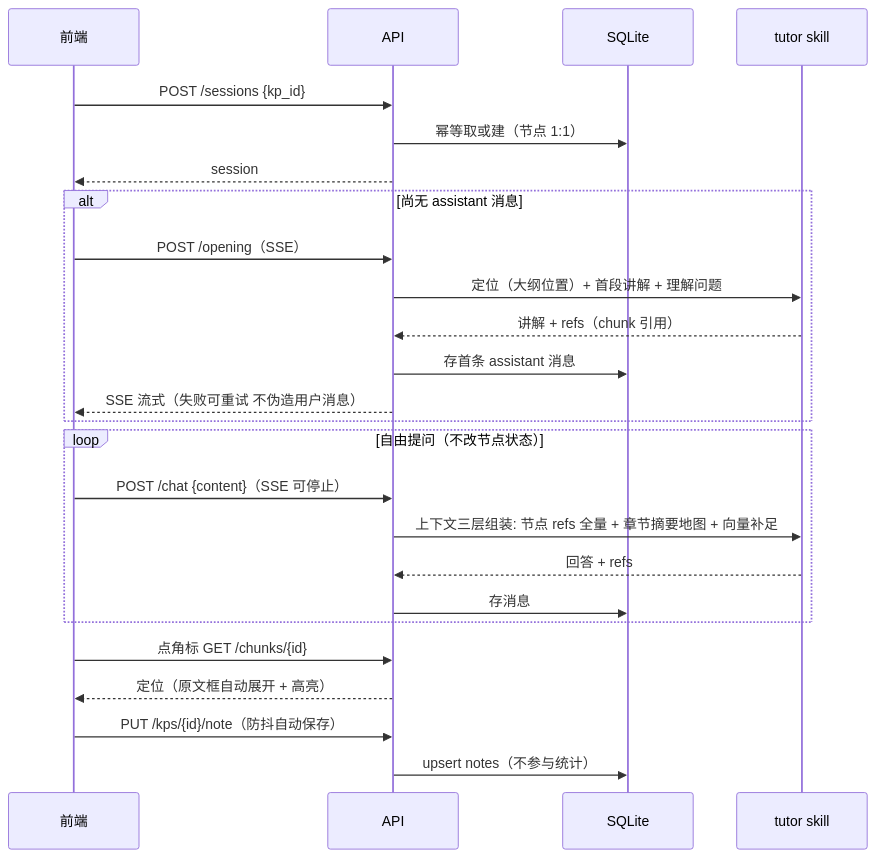
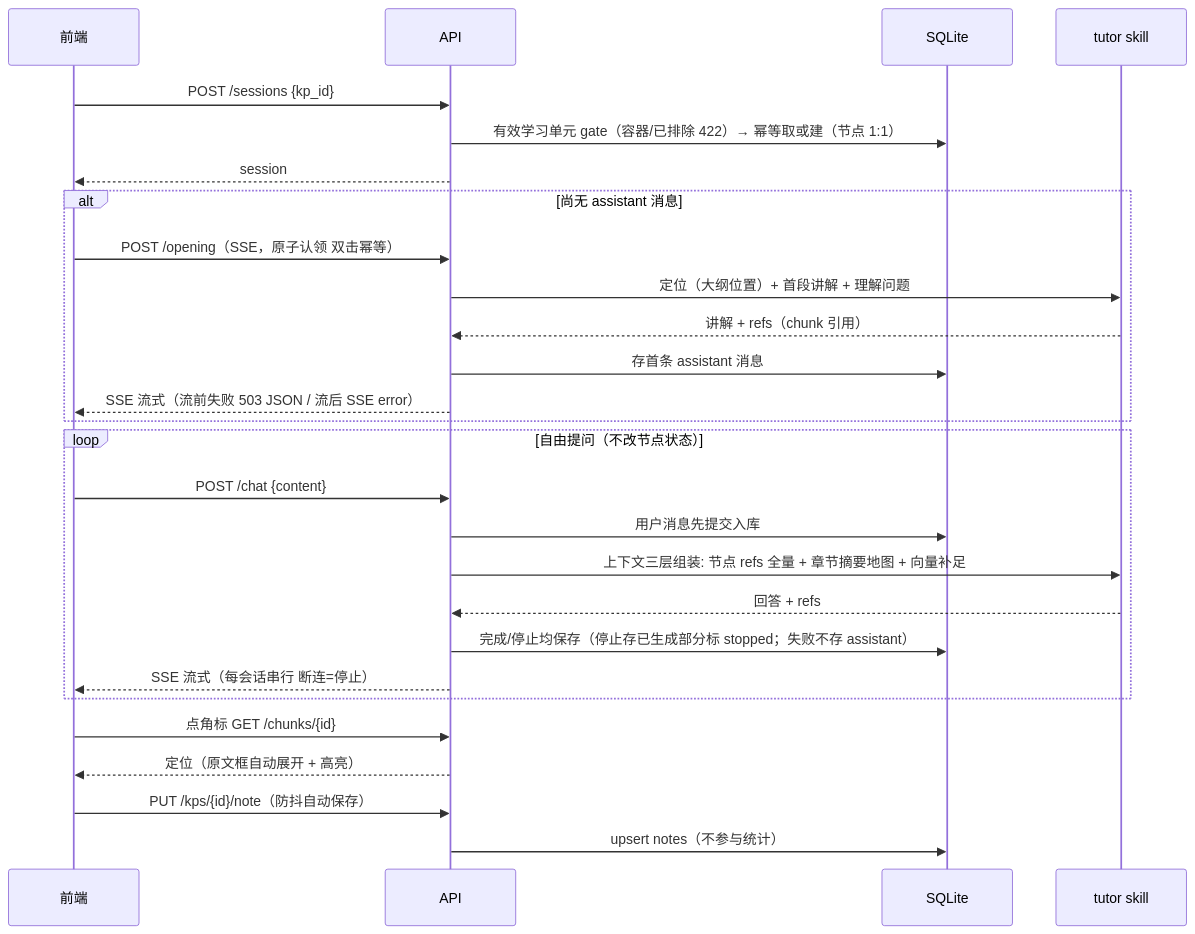
The fourth of 6 diagrams in docs/v0.1/technical/流程图.md (wangzf657/BetterOneself), drawn with Mermaid before and after one commit. The commit also changed other lines of this file and 106 other files, not shown here.

````diff
--- a/docs/v0.1/technical/流程图.md
+++ b/docs/v0.1/technical/流程图.md
@@ -85,27 +90,29 @@
 ```mermaid
 sequenceDiagram
     participant U as 前端
     participant A as API
     participant DB as SQLite
     participant Tu as tutor skill
     U->>A: POST /sessions {kp_id}
-    A->>DB: 幂等取或建（节点 1:1）
+    A->>DB: 有效学习单元 gate（容器/已排除 422）→ 幂等取或建（节点 1:1）
     A-->>U: session
     alt 尚无 assistant 消息
-        U->>A: POST /opening（SSE）
+        U->>A: POST /opening（SSE，原子认领 双击幂等）
         A->>Tu: 定位（大纲位置）+ 首段讲解 + 理解问题
         Tu-->>A: 讲解 + refs（chunk 引用）
         A->>DB: 存首条 assistant 消息
-        A-->>U: SSE 流式（失败可重试 不伪造用户消息）
+        A-->>U: SSE 流式（流前失败 503 JSON / 流后 SSE error）
     end
     loop 自由提问（不改节点状态）
-        U->>A: POST /chat {content}（SSE 可停止）
+        U->>A: POST /chat {content}
+        A->>DB: 用户消息先提交入库
         A->>Tu: 上下文三层组装: 节点 refs 全量 + 章节摘要地图 + 向量补足
         Tu-->>A: 回答 + refs
-        A->>DB: 存消息
+        A->>DB: 完成/停止均保存（停止存已生成部分标 stopped；失败不存 assistant）
+        A-->>U: SSE 流式（每会话串行 断连=停止）
     end
     U->>A: 点角标 GET /chunks/{id}
     A-->>U: 定位（原文框自动展开 + 高亮）
     U->>A: PUT /kps/{id}/note（防抖自动保存）
     A->>DB: upsert notes（不参与统计）
 ```
````
